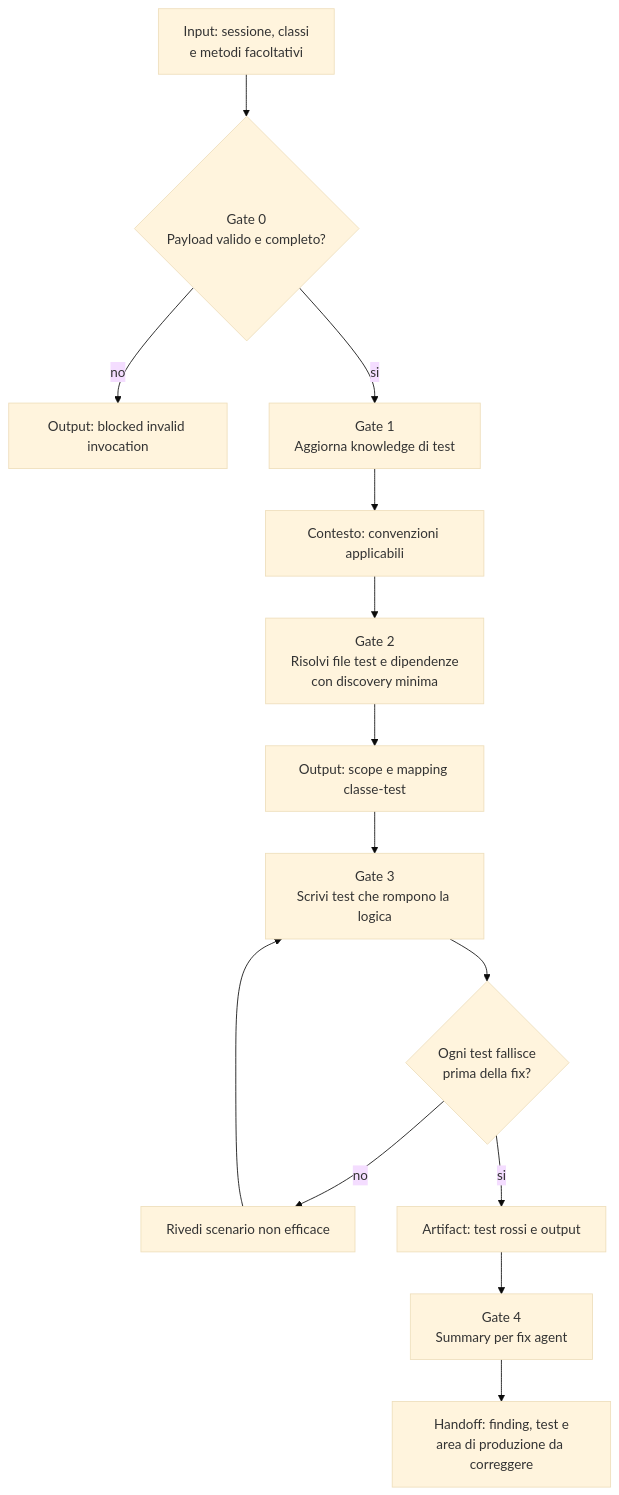
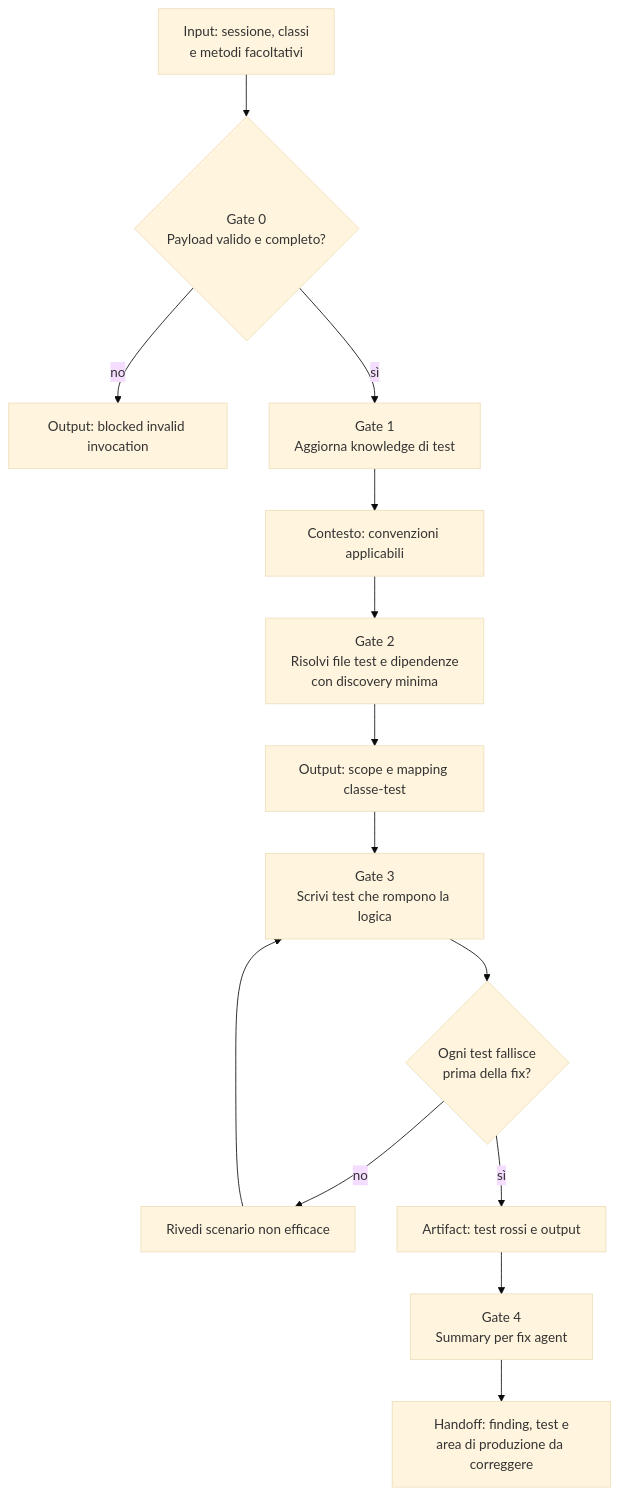
Before and after one commit to violabg/agentic-system-lessons: the diagram in role-maps/skills/business-logic-gap-detector.md, drawn with Mermaid (base theme). The commit also changed other lines of this file and 51 other files, not shown here.

````diff
--- a/role-maps/skills/business-logic-gap-detector.md
+++ b/role-maps/skills/business-logic-gap-detector.md
@@ -15,16 +17,16 @@
 ```mermaid
 flowchart TD
     Invocation[Input: sessione, classi<br/>e metodi facoltativi] --> G0{Gate 0<br/>Payload valido e completo?}
     G0 -->|no| Block[Output: blocked invalid invocation]
-    G0 -->|si| G1[Gate 1<br/>Aggiorna knowledge di test]
+    G0 -->|sì| G1[Gate 1<br/>Aggiorna knowledge di test]
     G1 --> Knowledge[Contesto: convenzioni applicabili]
     Knowledge --> G2[Gate 2<br/>Risolvi file test e dipendenze<br/>con discovery minima]
     G2 --> Scope[Output: scope e mapping classe-test]
     Scope --> G3[Gate 3<br/>Scrivi test che rompono la logica]
     G3 --> Red{Ogni test fallisce<br/>prima della fix?}
     Red -->|no| Revise[Rivedi scenario non efficace]
     Revise --> G3
-    Red -->|si| Proof[Artifact: test rossi e output]
+    Red -->|sì| Proof[Artifact: test rossi e output]
     Proof --> G4[Gate 4<br/>Summary per fix agent]
     G4 --> Handoff[Handoff: finding, test e<br/>area di produzione da correggere]
 ```
````
